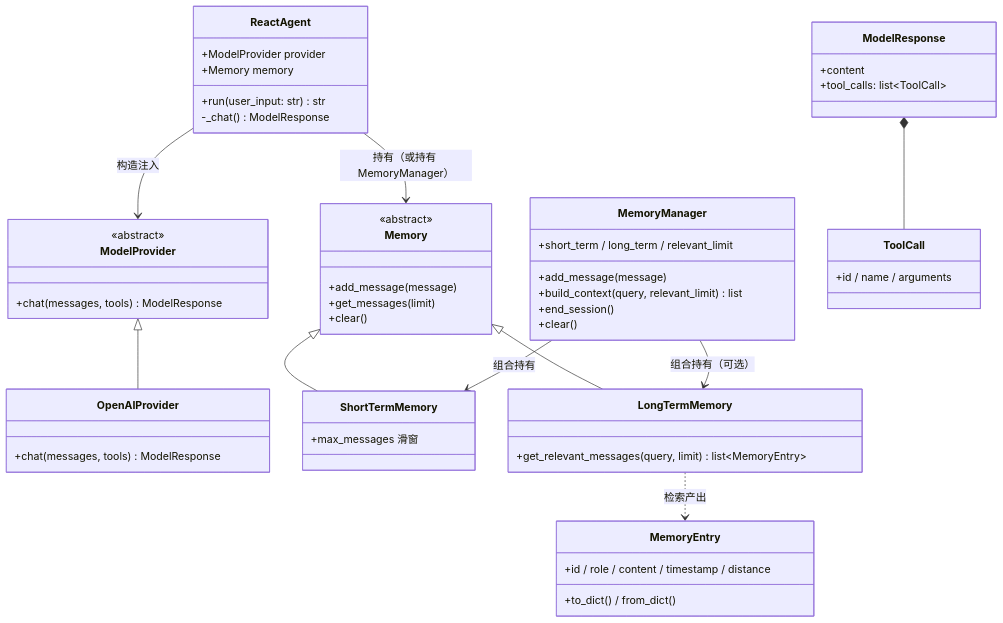
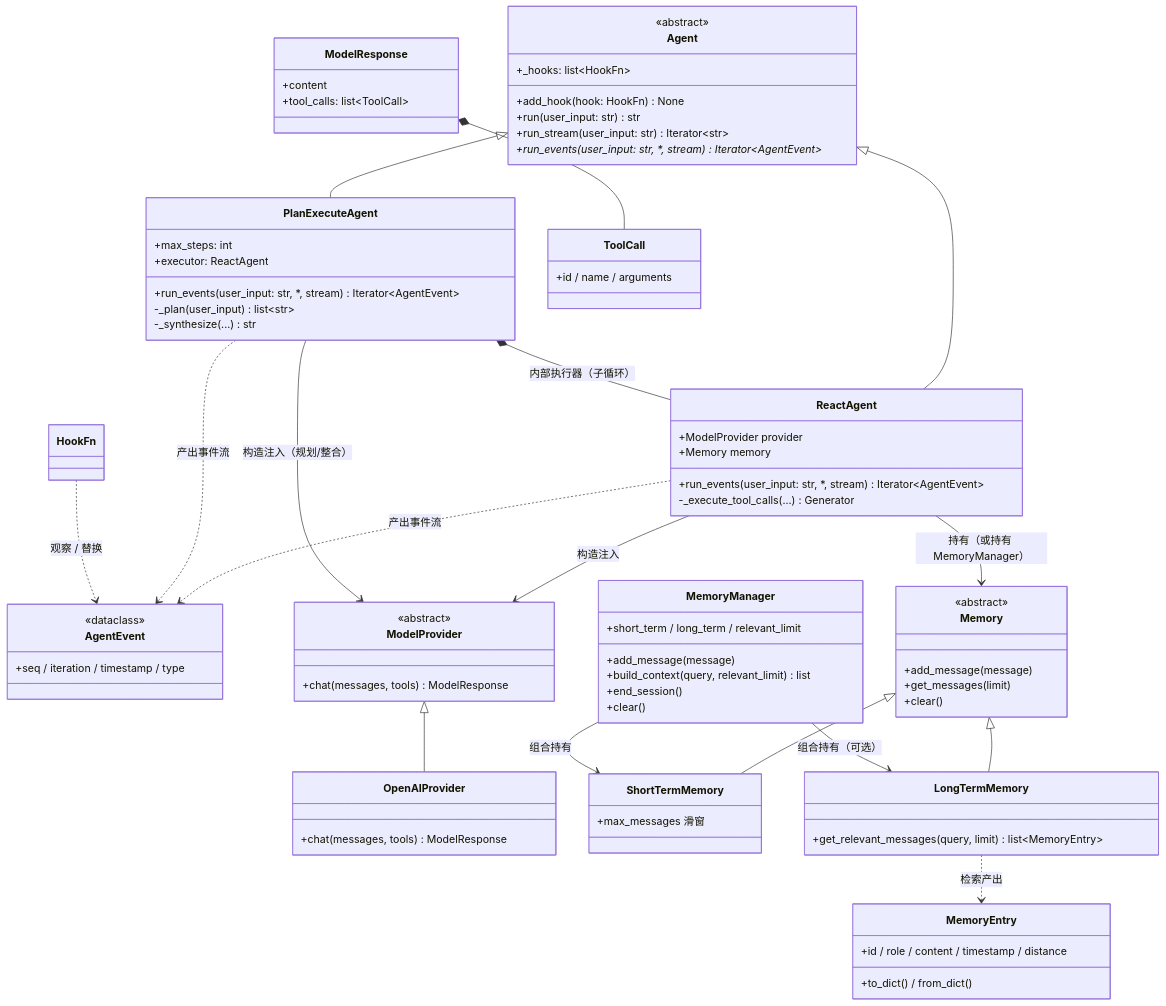
Before and after one commit to Mzys521/gearlink: the second of 4 diagrams in docs/架构设计.md, drawn with Mermaid. The commit also changed other lines of this file and 13 other files, not shown here.

````diff
--- a/docs/架构设计.md
+++ b/docs/架构设计.md
@@ -58,11 +58,34 @@
 ```mermaid
 classDiagram
+    class Agent {
+        <<abstract>>
+        +_hooks: list~HookFn~
+        +add_hook(hook: HookFn) None
+        +run(user_input: str) str
+        +run_stream(user_input: str) Iterator~str~
+        +run_events(user_input: str, *, stream) Iterator~AgentEvent~*
+    }
+
     class ReactAgent {
         +ModelProvider provider
         +Memory memory
-        +run(user_input: str) str
-        -_chat() ModelResponse
+        +run_events(user_input: str, *, stream) Iterator~AgentEvent~
+        -_execute_tool_calls(...) Generator
     }
+
+    class PlanExecuteAgent {
+        +max_steps: int
+        +executor: ReactAgent
+        +run_events(user_input: str, *, stream) Iterator~AgentEvent~
+        -_plan(user_input) list~str~
+        -_synthesize(...) str
+    }
+
+    class AgentEvent {
+        <<dataclass>>
+        +seq / iteration / timestamp / type
+    }
+    class HookFn
 
     class ModelProvider {
         <<abstract>>
@@ -104,11 +127,18 @@
         +id / name / arguments
     }
 
+    Agent <|-- ReactAgent
+    Agent <|-- PlanExecuteAgent
+    PlanExecuteAgent *-- ReactAgent : 内部执行器（子循环）
+    ReactAgent --> ModelProvider : 构造注入
+    PlanExecuteAgent --> ModelProvider : 构造注入（规划/整合）
+    ReactAgent --> Memory : 持有（或持有 MemoryManager）
+    ReactAgent ..> AgentEvent : 产出事件流
+    PlanExecuteAgent ..> AgentEvent : 产出事件流
+    HookFn ..> AgentEvent : 观察 / 替换
     ModelProvider <|-- OpenAIProvider
     Memory <|-- ShortTermMemory
     Memory <|-- LongTermMemory
-    ReactAgent --> ModelProvider : 构造注入
-    ReactAgent --> Memory : 持有（或持有 MemoryManager）
     MemoryManager --> ShortTermMemory : 组合持有
     MemoryManager --> LongTermMemory : 组合持有（可选）
     LongTermMemory ..> MemoryEntry : 检索产出
````
